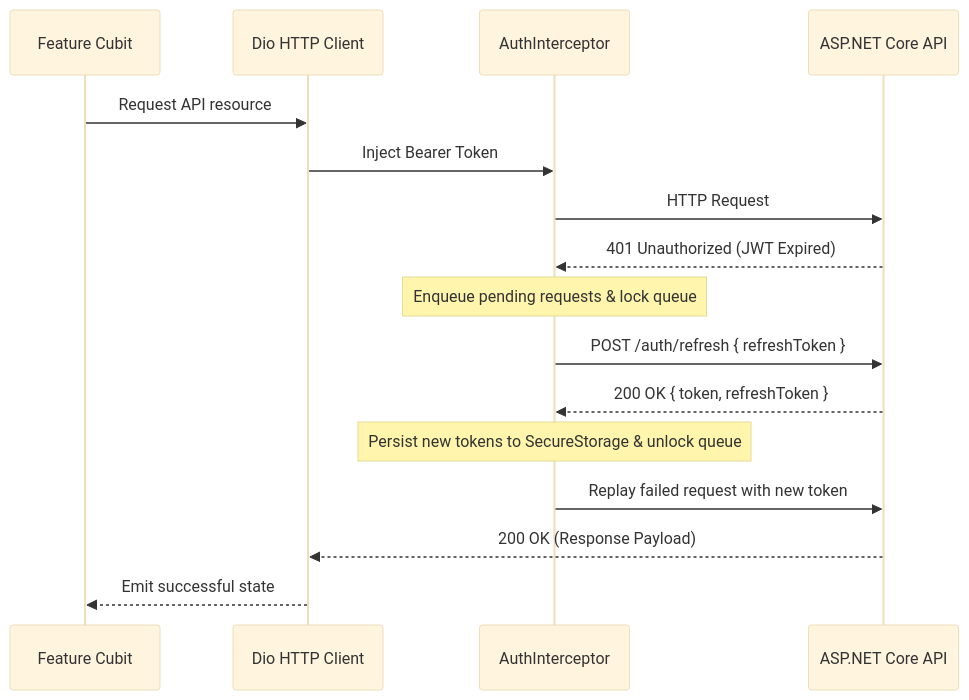
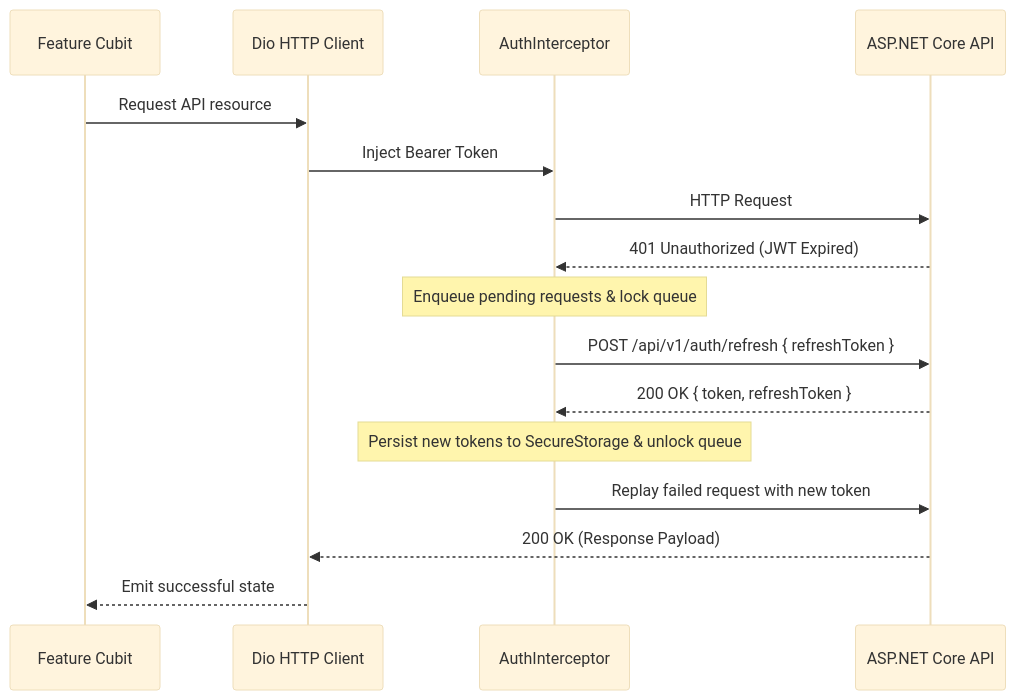
The second of 3 diagrams in docs/frontend-architecture.md (Clark605/ProjectHub), drawn with Mermaid (base theme) before and after one commit. The commit also changed other lines of this file and 10 other files, not shown here.

First line of the commit message:
docs: record ADRs 0010-0014 and update architecture specs for Phase 4.5

````diff
--- a/docs/frontend-architecture.md
+++ b/docs/frontend-architecture.md
@@ -104,19 +104,19 @@
 ```mermaid
 sequenceDiagram
     participant Cubit as Feature Cubit
     participant Dio as Dio HTTP Client
     participant Interceptor as AuthInterceptor
     participant API as ASP.NET Core API
 
     Cubit->>Dio: Request API resource
     Dio->>Interceptor: Inject Bearer Token
     Interceptor->>API: HTTP Request
     API-->>Interceptor: 401 Unauthorized (JWT Expired)
     Note over Interceptor: Enqueue pending requests & lock queue
-    Interceptor->>API: POST /auth/refresh { refreshToken }
+    Interceptor->>API: POST /api/v1/auth/refresh { refreshToken }
     API-->>Interceptor: 200 OK { token, refreshToken }
     Note over Interceptor: Persist new tokens to SecureStorage & unlock queue
     Interceptor->>API: Replay failed request with new token
     API-->>Dio: 200 OK (Response Payload)
     Dio-->>Cubit: Emit successful state
 ```
````
